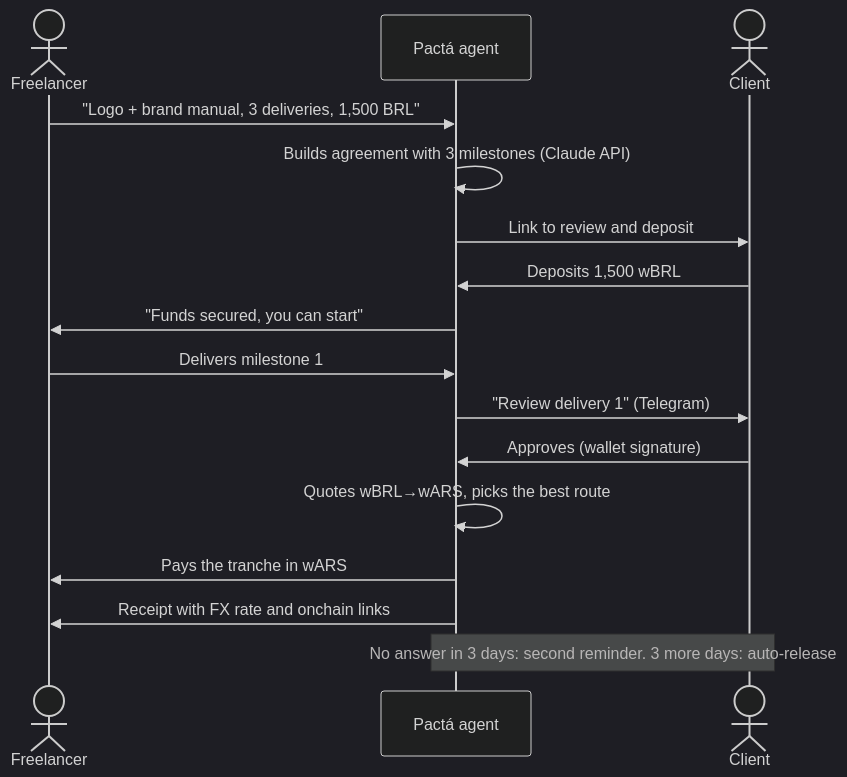
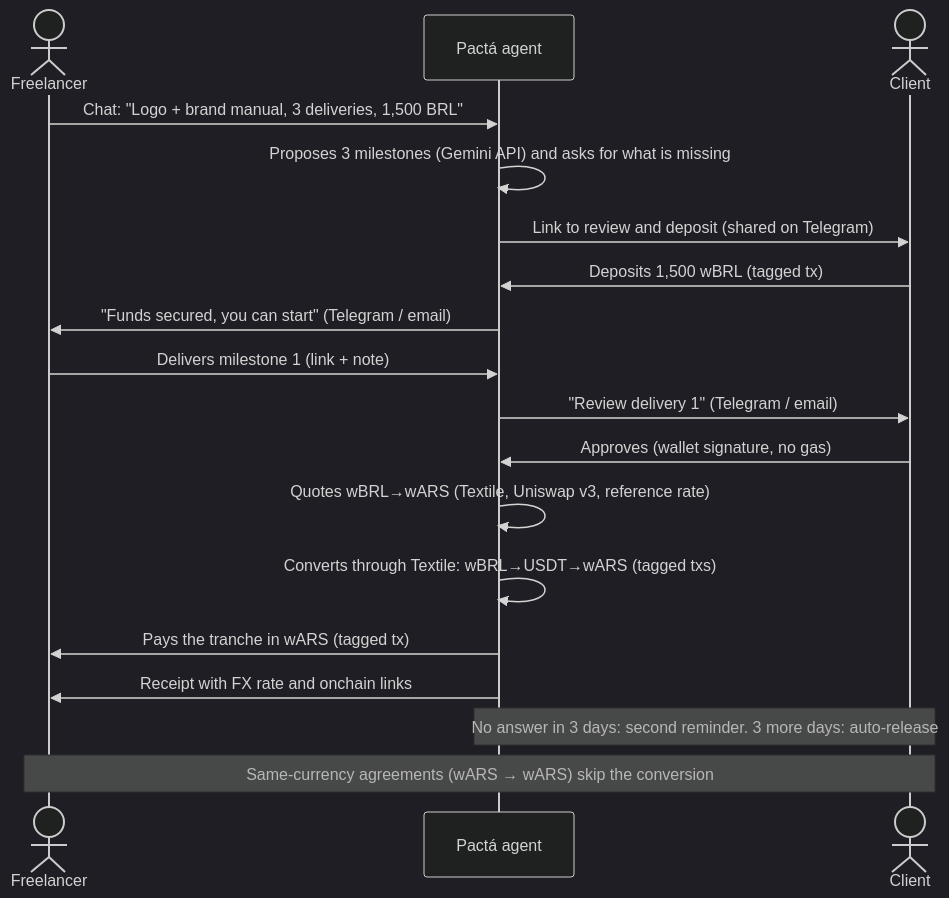
One commit to marianelavflora/pacta changed the first of 3 diagrams in README.md. Above: the diagram before and after it, drawn with Mermaid (dark theme). The commit also changed other lines of this file, not shown here.

````diff
--- a/README.md
+++ b/README.md
@@ -35,18 +35,20 @@
 ```mermaid
 sequenceDiagram
   actor F as Freelancer
   participant A as Pactá agent
   actor C as Client
-  F->>A: "Logo + brand manual, 3 deliveries, 1,500 BRL"
-  A->>A: Builds agreement with 3 milestones (Claude API)
-  A->>C: Link to review and deposit
-  C->>A: Deposits 1,500 wBRL
-  A->>F: "Funds secured, you can start"
-  F->>A: Delivers milestone 1
-  A->>C: "Review delivery 1" (Telegram)
-  C->>A: Approves (wallet signature)
-  A->>A: Quotes wBRL→wARS, picks the best route
-  A->>F: Pays the tranche in wARS
+  F->>A: Chat: "Logo + brand manual, 3 deliveries, 1,500 BRL"
+  A->>A: Proposes 3 milestones (Gemini API) and asks for what is missing
+  A->>C: Link to review and deposit (shared on Telegram)
+  C->>A: Deposits 1,500 wBRL (tagged tx)
+  A->>F: "Funds secured, you can start" (Telegram / email)
+  F->>A: Delivers milestone 1 (link + note)
+  A->>C: "Review delivery 1" (Telegram / email)
+  C->>A: Approves (wallet signature, no gas)
+  A->>A: Quotes wBRL→wARS (Textile, Uniswap v3, reference rate)
+  A->>A: Converts through Textile: wBRL→USDT→wARS (tagged txs)
+  A->>F: Pays the tranche in wARS (tagged tx)
   A->>F: Receipt with FX rate and onchain links
   Note over A,C: No answer in 3 days: second reminder. 3 more days: auto-release
+  Note over F,C: Same-currency agreements (wARS → wARS) skip the conversion
 ```
````
